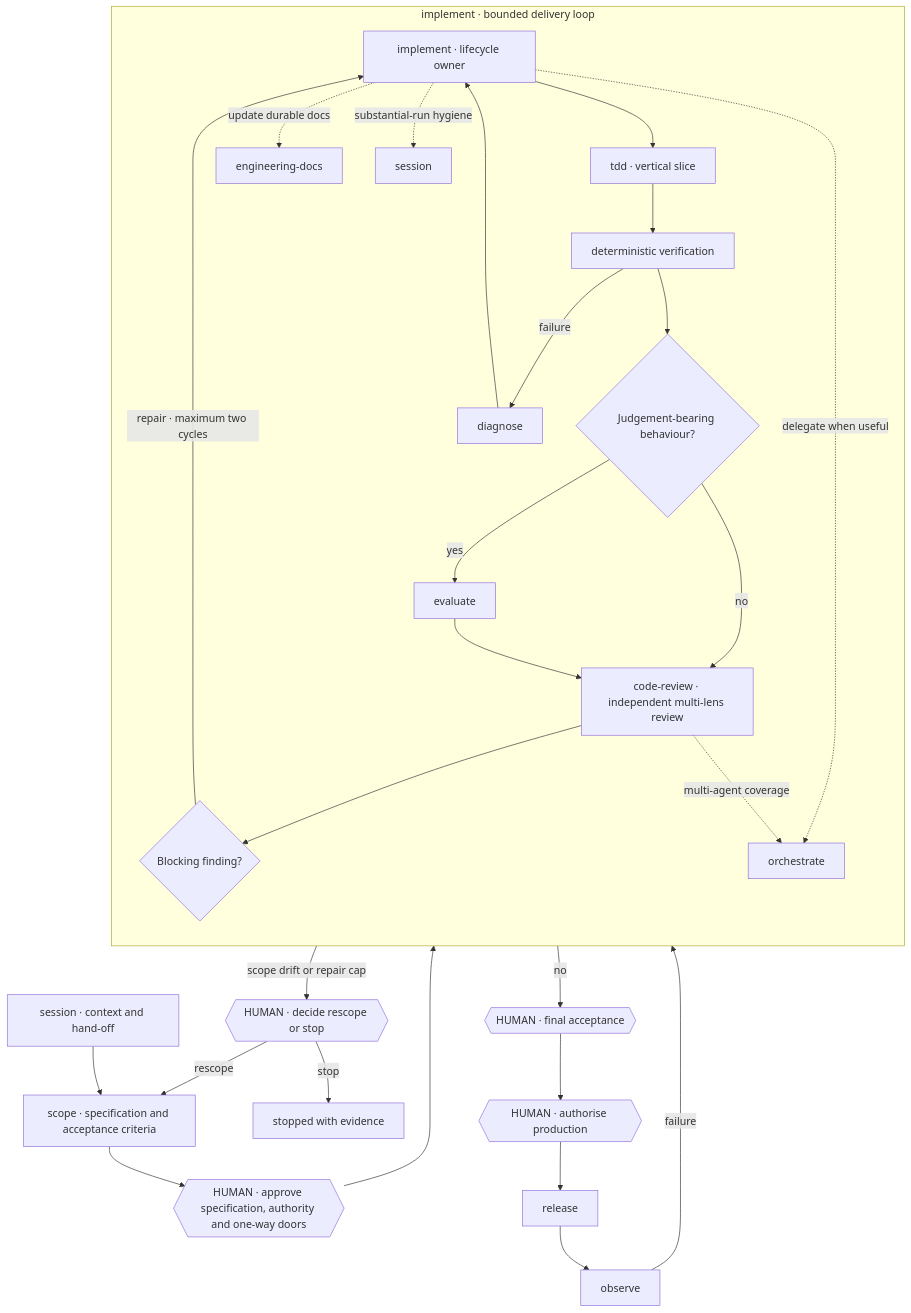
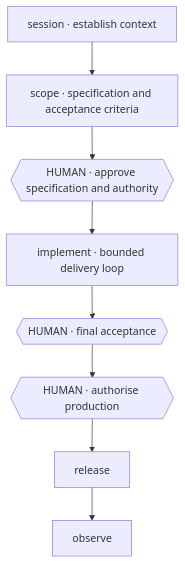
One commit to mblauberg/agent-harness changed the first of 2 diagrams in README.md. Above: the diagram before and after it, drawn with Mermaid. The commit also changed other lines of this file and 4 other files, not shown here.

Commit message:
docs: clarify the agent lifecycle diagram

````diff
--- a/README.md
+++ b/README.md
@@ -22,32 +22,10 @@
 ```mermaid
 flowchart TB
-    S["session · context and hand-off"] --> P["scope · specification and acceptance criteria"]
-    P --> H1{{"HUMAN · approve specification, authority and one-way doors"}}
-    H1 --> I
-
-    subgraph LOOP["implement · bounded delivery loop"]
-        direction TB
-        I["implement · lifecycle owner"] --> T["tdd · vertical slice"]
-        T --> V["deterministic verification"]
-        V --> J{"Judgement-bearing behaviour?"}
-        J -- yes --> E["evaluate"]
-        J -- no --> R["code-review · independent multi-lens review"]
-        E --> R
-        R --> F{"Blocking finding?"}
-        F -- "repair · maximum two cycles" --> I
-        V -- failure --> D["diagnose"]
-        D --> I
-        I -. "delegate when useful" .-> O["orchestrate"]
-        I -. "update durable docs" .-> ED["engineering-docs"]
-        I -. "substantial-run hygiene" .-> SH["session"]
-        R -. "multi-agent coverage" .-> O
-    end
-
-    F -- no --> H2{{"HUMAN · final acceptance"}}
-    F -- "scope drift or repair cap" --> H4{{"HUMAN · decide rescope or stop"}}
-    H4 -- rescope --> P
-    H4 -- stop --> X["stopped with evidence"]
+    S["session · establish context"] --> P["scope · specification and acceptance criteria"]
+    P --> H1{{"HUMAN · approve specification and authority"}}
+    H1 --> I["implement · bounded delivery loop"]
+    I --> H2{{"HUMAN · final acceptance"}}
     H2 --> H3{{"HUMAN · authorise production"}}
-    H3 --> L["release"] --> OBS["observe"]
-    OBS -- failure --> D
+    H3 --> L["release"]
+    L --> O["observe"]
 ```
````
